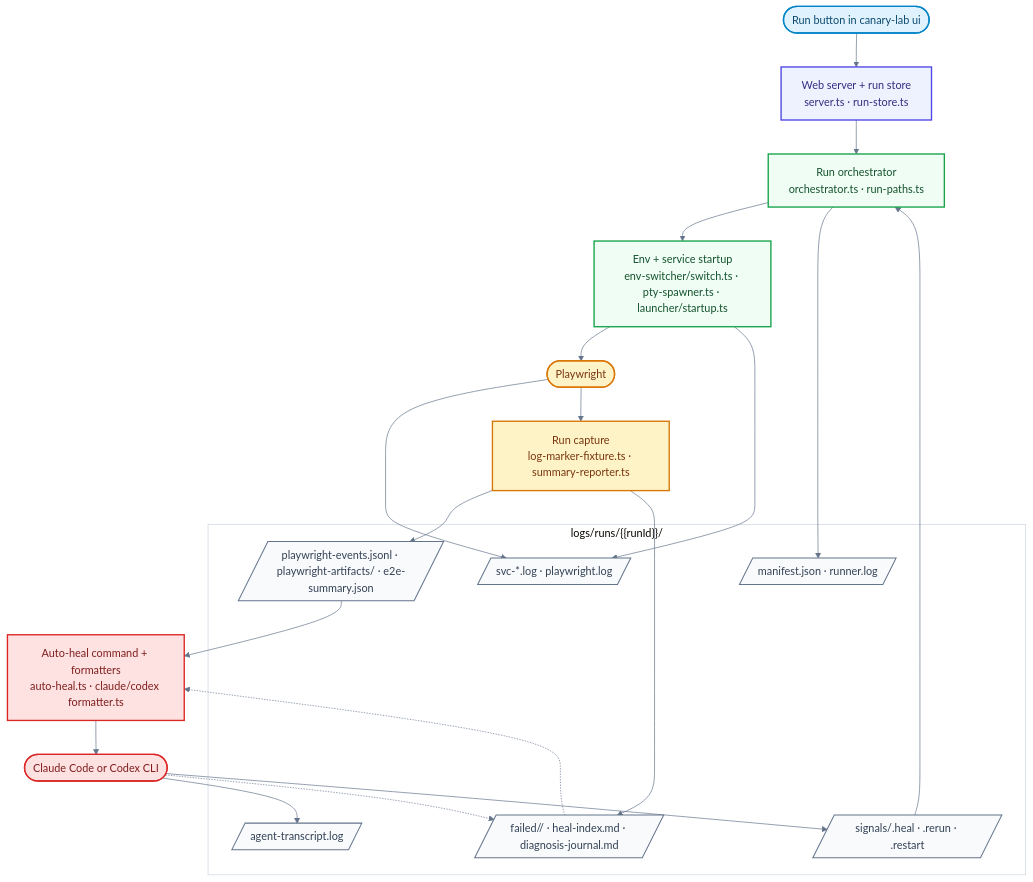
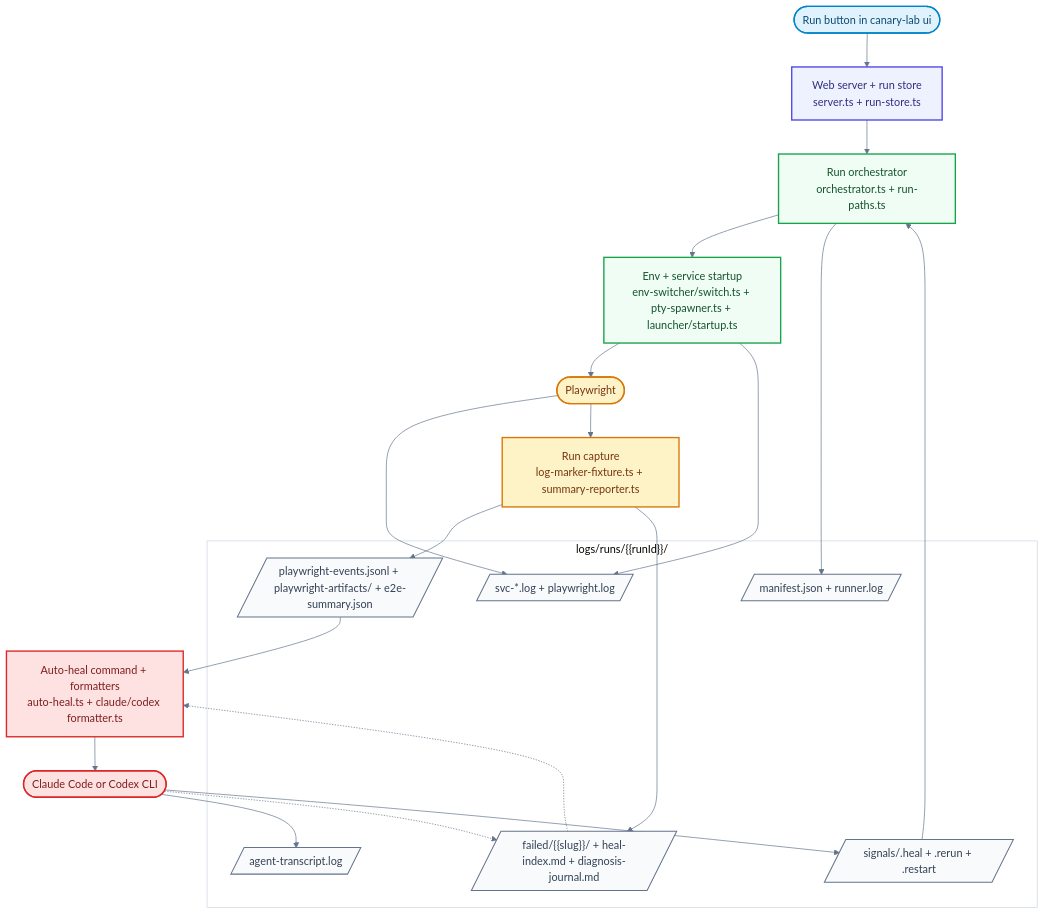
The second of 2 diagrams in README.md (ferterahadi/canary-lab), drawn with Mermaid before and after one commit.

Commit message:
feat: update flowchart in README for improved clarity on code paths and file references

````diff
--- a/README.md
+++ b/README.md
@@ -212,50 +212,50 @@
 ```mermaid
 %%{init: {"theme": "base", "themeVariables": {"fontFamily": "Inter, ui-sans-serif, system-ui, sans-serif", "primaryTextColor": "#0f172a", "lineColor": "#64748b", "clusterBkg": "#ffffff", "clusterBorder": "#cbd5e1"}}}%%
 flowchart TD
     user(["Run button in canary-lab ui"])
-    web["Web server + run store<br/>server.ts · run-store.ts"]
-    runtime["Run orchestrator<br/>orchestrator.ts · run-paths.ts"]
-    setup["Env + service startup<br/>env-switcher/switch.ts · pty-spawner.ts · launcher/startup.ts"]
+    web["Web server + run store<br/>server.ts + run-store.ts"]
+    runtime["Run orchestrator<br/>orchestrator.ts + run-paths.ts"]
+    setup["Env + service startup<br/>env-switcher/switch.ts + pty-spawner.ts + launcher/startup.ts"]
     playwright(["Playwright"])
-    capture["Run capture<br/>log-marker-fixture.ts · summary-reporter.ts"]
-    autoheal["Auto-heal command + formatters<br/>auto-heal.ts · claude/codex formatter.ts"]
+    capture["Run capture<br/>log-marker-fixture.ts + summary-reporter.ts"]
+    autoheal["Auto-heal command + formatters<br/>auto-heal.ts + claude/codex formatter.ts"]
     agent(["Claude Code or Codex CLI"])
 
     subgraph runDir["logs/runs/{{runId}}/"]
-        state[/"manifest.json · runner.log"/]
-        logs[/"svc-*.log · playwright.log"/]
-        evidence[/"playwright-events.jsonl · playwright-artifacts/ · e2e-summary.json"/]
-        healctx[/"failed/<slug>/ · heal-index.md · diagnosis-journal.md"/]
+        state[/"manifest.json + runner.log"/]
+        logs[/"svc-*.log + playwright.log"/]
+        evidence[/"playwright-events.jsonl + playwright-artifacts/ + e2e-summary.json"/]
+        healctx[/"failed/{{slug}}/ + heal-index.md + diagnosis-journal.md"/]
         transcript[/"agent-transcript.log"/]
-        signals[/"signals/.heal · .rerun · .restart"/]
+        signals[/"signals/.heal + .rerun + .restart"/]
     end
 
     user --> web --> runtime --> setup --> playwright
     runtime --> state
     setup --> logs
     playwright --> logs
     playwright --> capture
     capture --> evidence
     capture --> healctx
     evidence --> autoheal
     healctx -.-> autoheal
     autoheal --> agent
     agent --> transcript
     agent -.-> healctx
     agent --> signals
     signals --> runtime
 
     classDef entry fill:#e0f2fe,stroke:#0284c7,color:#0c4a6e,stroke-width:2px
     classDef core fill:#eef2ff,stroke:#4f46e5,color:#312e81,stroke-width:2px
     classDef runtime fill:#f0fdf4,stroke:#16a34a,color:#14532d,stroke-width:2px
     classDef test fill:#fef3c7,stroke:#d97706,color:#78350f,stroke-width:2px
     classDef heal fill:#fee2e2,stroke:#dc2626,color:#7f1d1d,stroke-width:2px
     classDef artifact fill:#f8fafc,stroke:#64748b,color:#334155,stroke-width:1.5px
 
     class user entry
     class web core
     class runtime,setup runtime
     class playwright,capture test
     class autoheal,agent heal
     class state,logs,evidence,healctx,transcript,signals artifact
 ```
````
